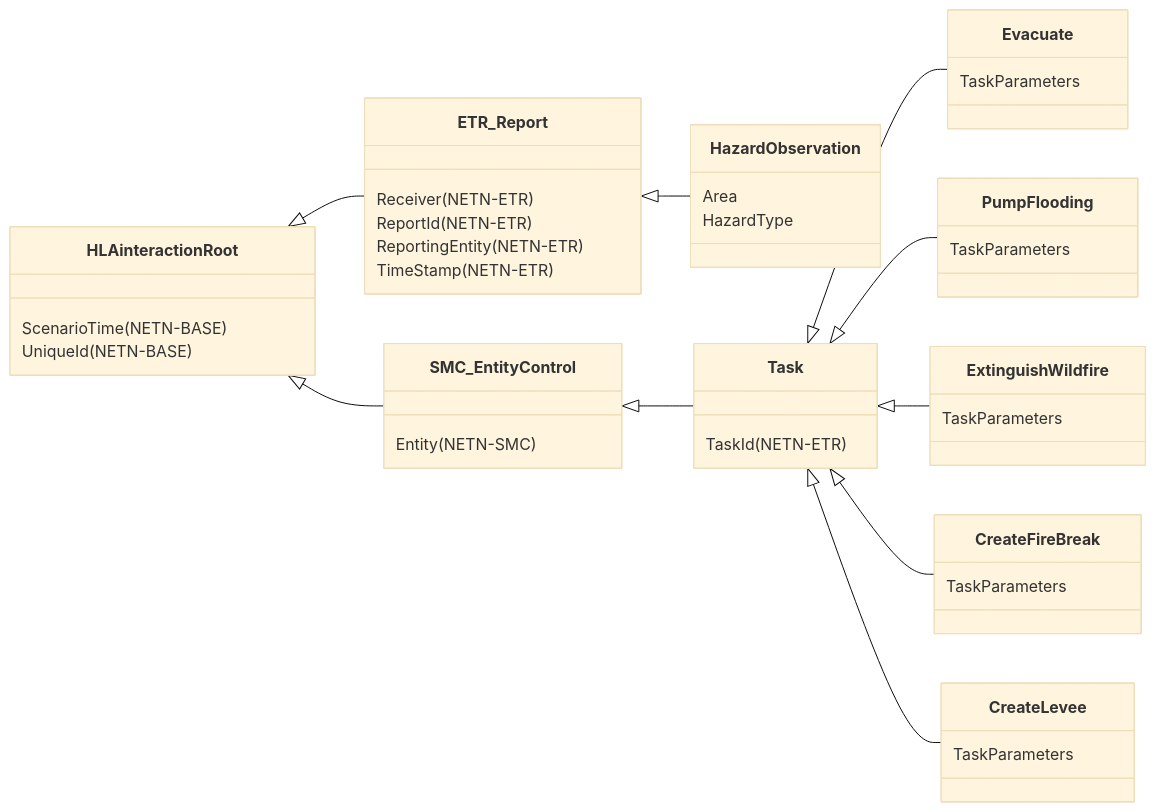
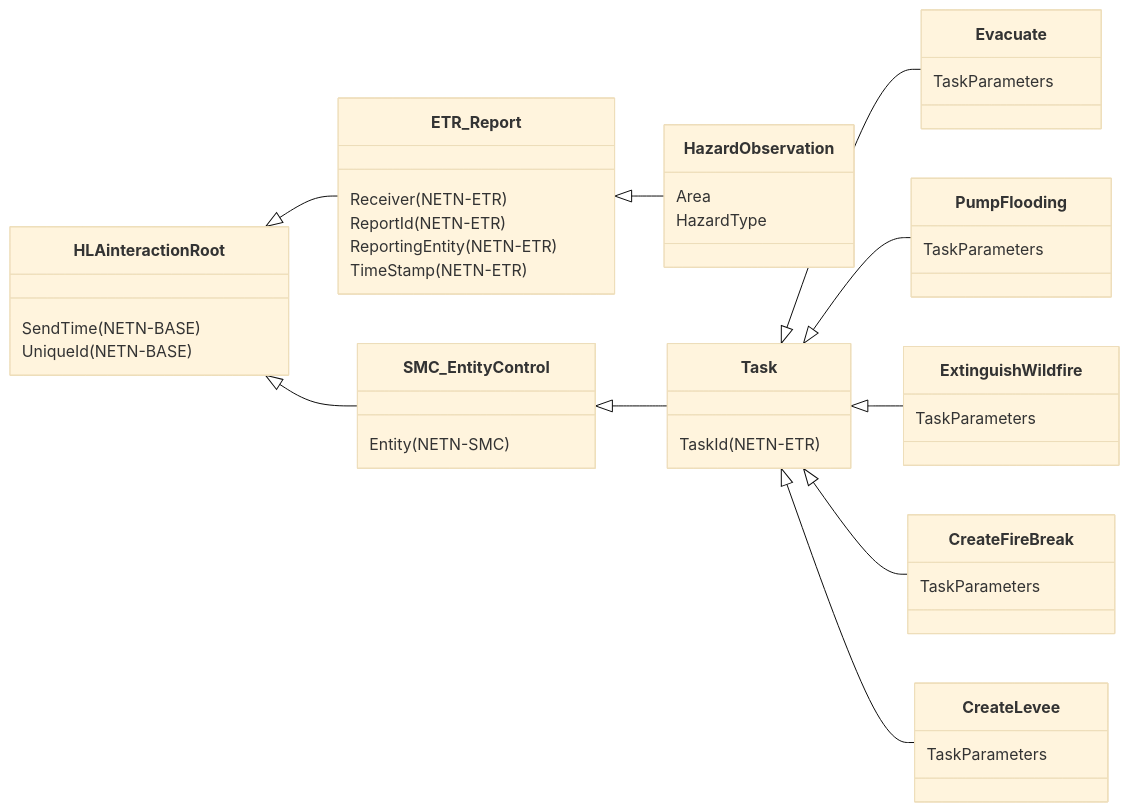
One commit to AMSP-04/NETN-DIM changed the sixth of 6 diagrams in NETN-DIM.md. Above: the diagram before and after it, drawn with Mermaid (base theme). The commit also changed other lines of this file and 3 other files, not shown here.

````diff
--- a/NETN-DIM.md
+++ b/NETN-DIM.md
@@ -140,28 +237,28 @@
 ```mermaid
 classDiagram 
 direction LR
 HLAinteractionRoot <|-- ETR_Report
 HLAinteractionRoot <|-- SMC_EntityControl
-HLAinteractionRoot : ScenarioTime(NETN-BASE)
+HLAinteractionRoot : SendTime(NETN-BASE)
 HLAinteractionRoot : UniqueId(NETN-BASE)
 ETR_Report <|-- HazardObservation
 ETR_Report : Receiver(NETN-ETR)
 ETR_Report : ReportId(NETN-ETR)
 ETR_Report : ReportingEntity(NETN-ETR)
 ETR_Report : TimeStamp(NETN-ETR)
 HazardObservation : Area
 HazardObservation : HazardType
 SMC_EntityControl <|-- Task
 SMC_EntityControl : Entity(NETN-SMC)
 Task <|-- Evacuate
 Task <|-- PumpFlooding
 Task <|-- ExtinguishWildfire
 Task <|-- CreateFireBreak
 Task <|-- CreateLevee
 Task : TaskId(NETN-ETR)
 Evacuate : TaskParameters
 PumpFlooding : TaskParameters
 ExtinguishWildfire : TaskParameters
 CreateFireBreak : TaskParameters
 CreateLevee : TaskParameters
 ```
````
